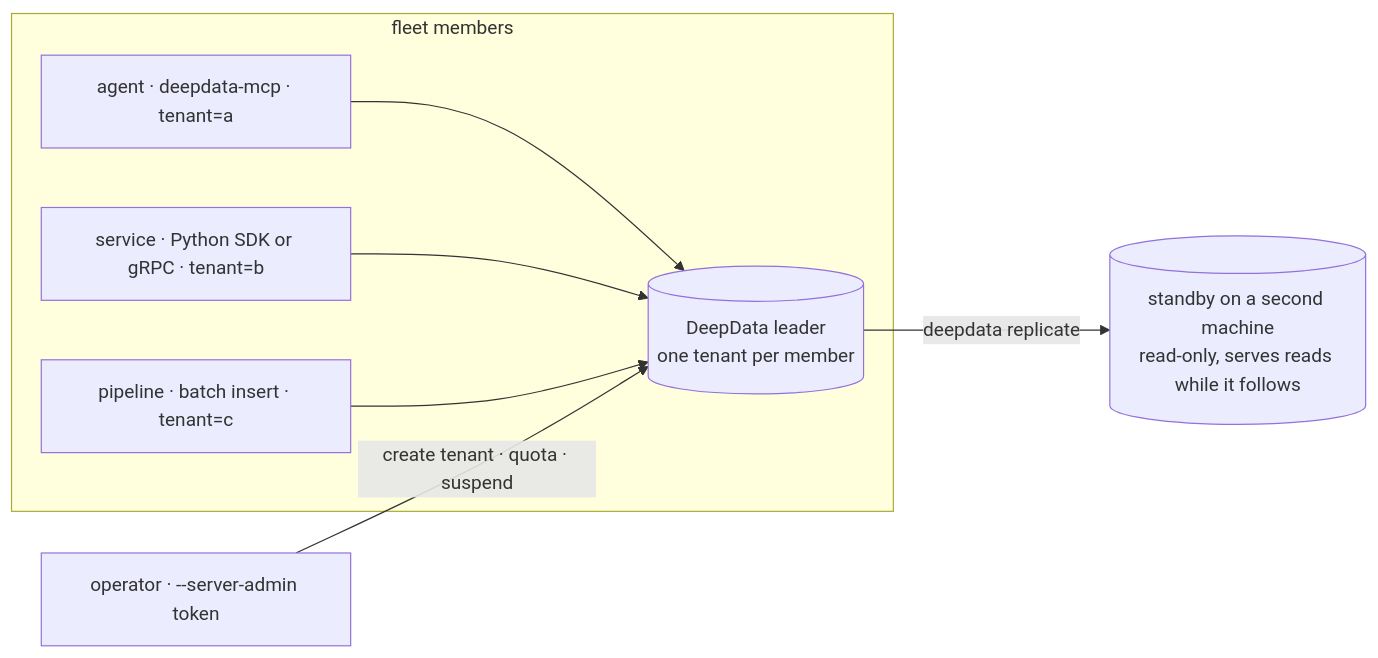
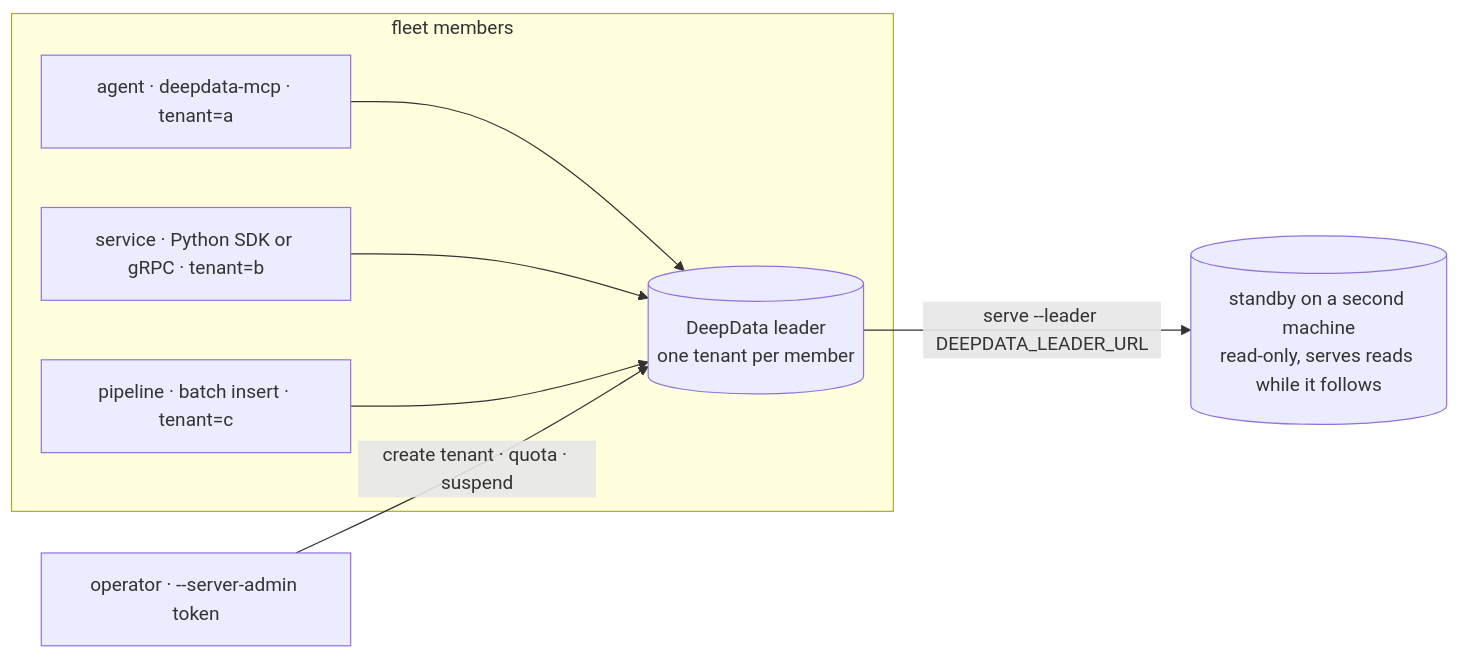
One commit to phenomenon0/vectordb changed the diagram in README.md. Above: the diagram before and after it, drawn with Mermaid.

Commit message:
fix(federation): F3 review
Fix the fleet-diagram mermaid edge label, still reading "deepdata replicate",
which contradicted the corrected standby row two lines above stating that
deepdata serve + DEEPDATA_LEADER_URL is what serves reads while following
and deepdata replicate never serves.

````diff
--- a/README.md
+++ b/README.md
@@ -37,11 +37,11 @@
 ```mermaid
 flowchart LR
     subgraph members["fleet members"]
         A["agent · deepdata-mcp · tenant=a"] --> L
         B["service · Python SDK or gRPC · tenant=b"] --> L
         C["pipeline · batch insert · tenant=c"] --> L
     end
     L[("DeepData leader<br/>one tenant per member")]
-    L -->|deepdata replicate| S[("standby on a second machine<br/>read-only, serves reads while it follows")]
+    L -->|serve --leader DEEPDATA_LEADER_URL| S[("standby on a second machine<br/>read-only, serves reads while it follows")]
     O["operator · --server-admin token"] -->|create tenant · quota · suspend| L
 ```
````
